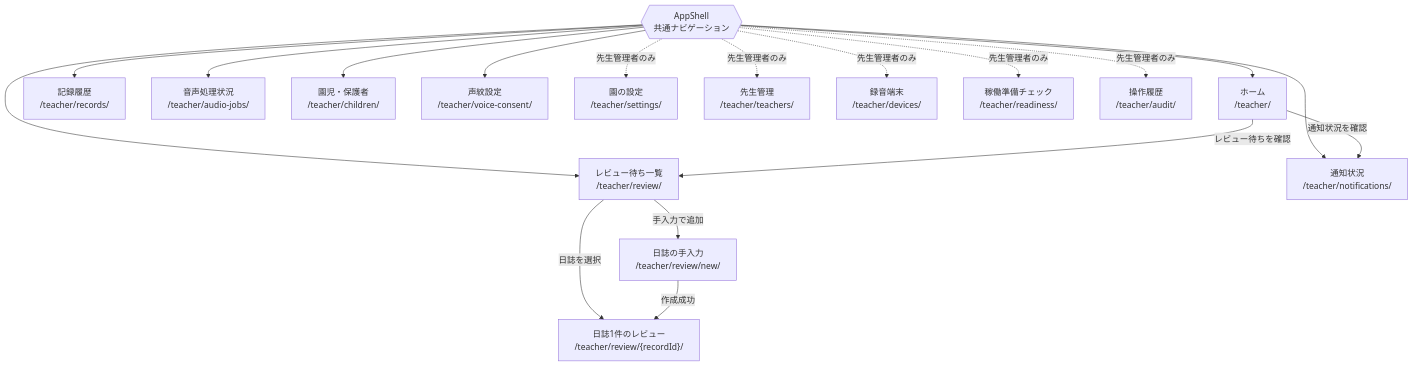
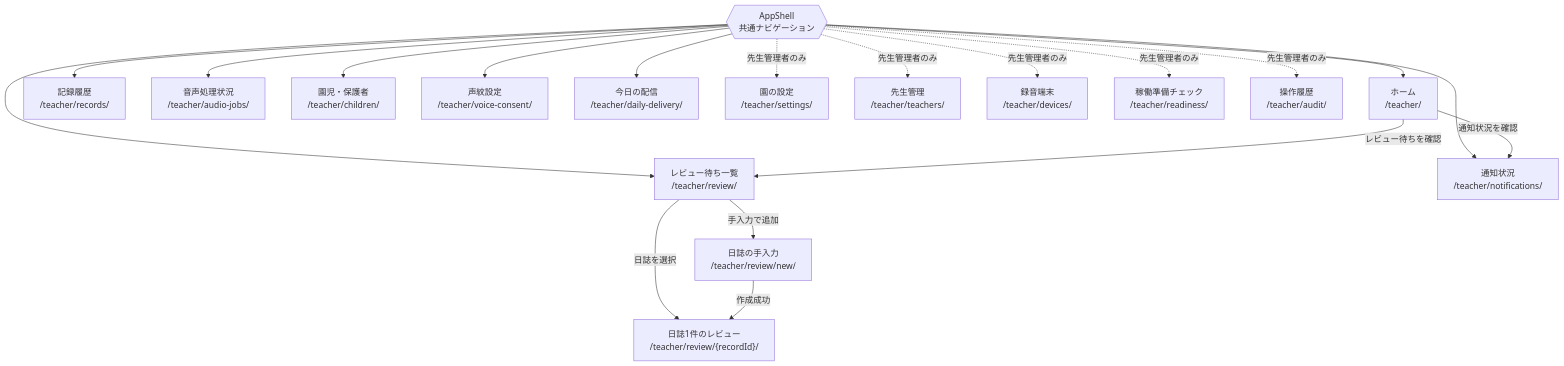
One commit to fuji0567/small-step changed the second of 11 diagrams in docs/transition.md. Above: the diagram before and after it, drawn with Mermaid. The commit also changed 31 other files, not shown here.

````diff
--- a/docs/transition.md
+++ b/docs/transition.md
@@ -40,29 +40,30 @@
 ```mermaid
 flowchart TD
     SHELL{{"AppShell<br/>共通ナビゲーション"}}
 
     HOME["ホーム<br/>/teacher/"]
     REVIEW["レビュー待ち一覧<br/>/teacher/review/"]
     MANUAL["日誌の手入力<br/>/teacher/review/new/"]
     DETAIL["日誌1件のレビュー<br/>/teacher/review/{recordId}/"]
     HISTORY["記録履歴<br/>/teacher/records/"]
     NOTIF["通知状況<br/>/teacher/notifications/"]
     JOBS["音声処理状況<br/>/teacher/audio-jobs/"]
     CHILDREN["園児・保護者<br/>/teacher/children/"]
     VOICE["声紋設定<br/>/teacher/voice-consent/"]
+    DELIVERY["今日の配信<br/>/teacher/daily-delivery/"]
 
     SETTINGS["園の設定<br/>/teacher/settings/"]
     TEACHERS["先生管理<br/>/teacher/teachers/"]
     DEVICES["録音端末<br/>/teacher/devices/"]
     READY["稼働準備チェック<br/>/teacher/readiness/"]
     AUDIT["操作履歴<br/>/teacher/audit/"]
 
-    SHELL --> HOME & REVIEW & HISTORY & NOTIF & JOBS & CHILDREN & VOICE
+    SHELL --> HOME & REVIEW & HISTORY & NOTIF & JOBS & CHILDREN & VOICE & DELIVERY
     SHELL -. "先生管理者のみ" .-> SETTINGS & TEACHERS & DEVICES & READY & AUDIT
 
     HOME -->|"レビュー待ちを確認"| REVIEW
     HOME -->|"通知状況を確認"| NOTIF
     REVIEW -->|"日誌を選択"| DETAIL
     REVIEW -->|"手入力で追加"| MANUAL
     MANUAL -->|"作成成功"| DETAIL
 ```
````
